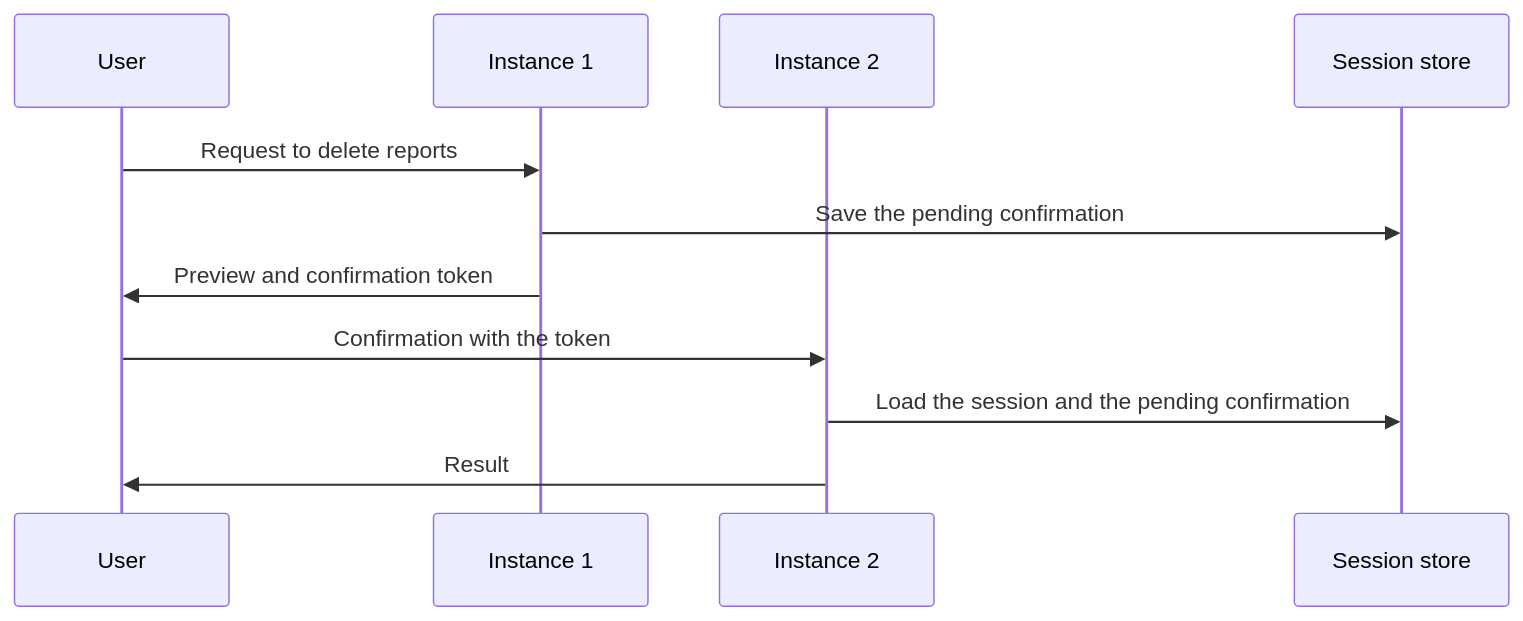
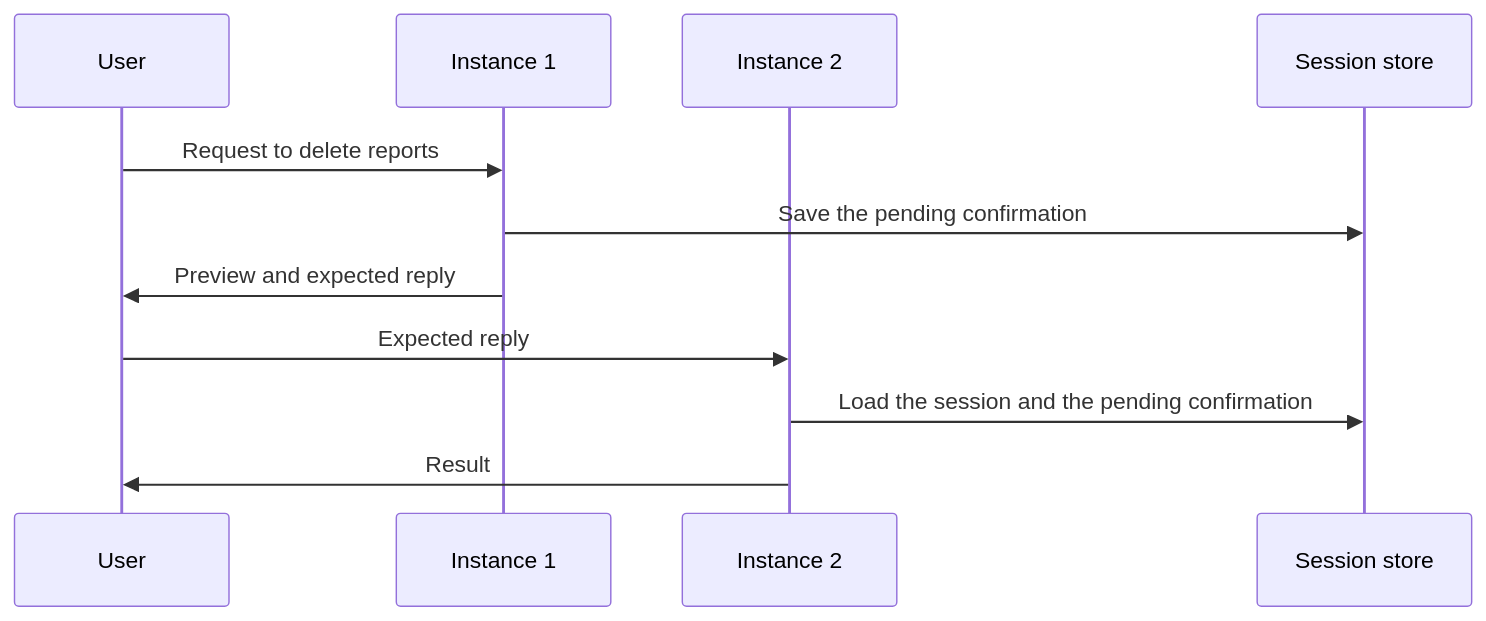
One commit to modvala/data-chat-assistant changed the first of 5 diagrams in docs/design-principles.md. Above: the diagram before and after it, drawn with Mermaid. The commit also changed other lines of this file and 23 other files, not shown here.

````diff
--- a/docs/design-principles.md
+++ b/docs/design-principles.md
@@ -63,13 +63,13 @@
 ```mermaid
 sequenceDiagram
     participant U as User
     participant I1 as Instance 1
     participant I2 as Instance 2
     participant S as Session store
     U->>I1: Request to delete reports
     I1->>S: Save the pending confirmation
-    I1->>U: Preview and confirmation token
-    U->>I2: Confirmation with the token
+    I1->>U: Preview and expected reply
+    U->>I2: Expected reply
     I2->>S: Load the session and the pending confirmation
     I2->>U: Result
 ```
````
